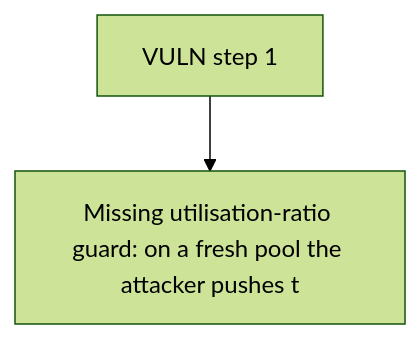
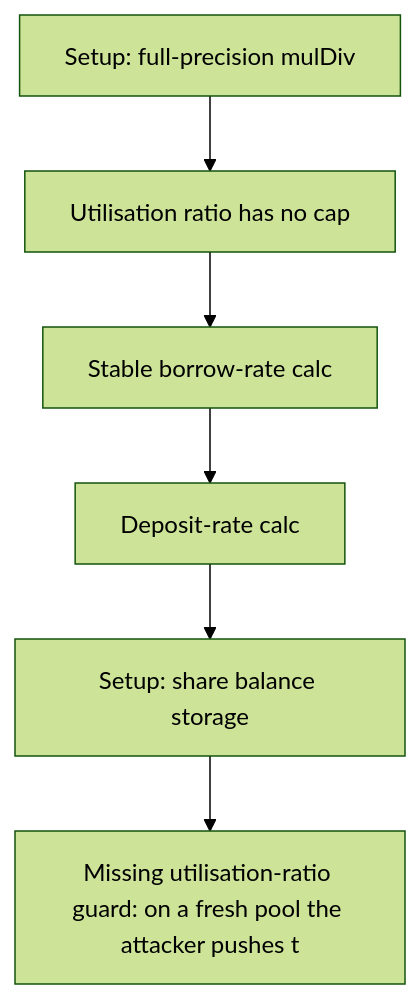
Before and after one commit to sanbir/evm-hack-registry: the diagram in 61019-infinite-interest-rate-bug-immunefi-folks-finance-git_exp/61019-infinite-interest-rate-bug-immunefi-folks-finance-git_exp.md, drawn with Mermaid (forest theme). The commit also changed other lines of this file and 79 other files, not shown here.

````diff
--- a/61019-infinite-interest-rate-bug-immunefi-folks-finance-git_exp/61019-infinite-interest-rate-bug-immunefi-folks-finance-git_exp.md
+++ b/61019-infinite-interest-rate-bug-immunefi-folks-finance-git_exp/61019-infinite-interest-rate-bug-immunefi-folks-finance-git_exp.md
@@ -28,6 +28,14 @@
 ```mermaid
 flowchart TD
-  S0["VULN step 1"]
+  S0["Setup: full-precision mulDiv"]
+  S1["Utilisation ratio has no cap"]
+  S2["Stable borrow-rate calc"]
+  S3["Deposit-rate calc"]
+  S4["Setup: share balance storage"]
   H["Missing utilisation-ratio guard: on a fresh pool the attacker pushes t"]
-  S0 --> H
+  S0 --> S1
+  S1 --> S2
+  S2 --> S3
+  S3 --> S4
+  S4 --> H
 ```
````
